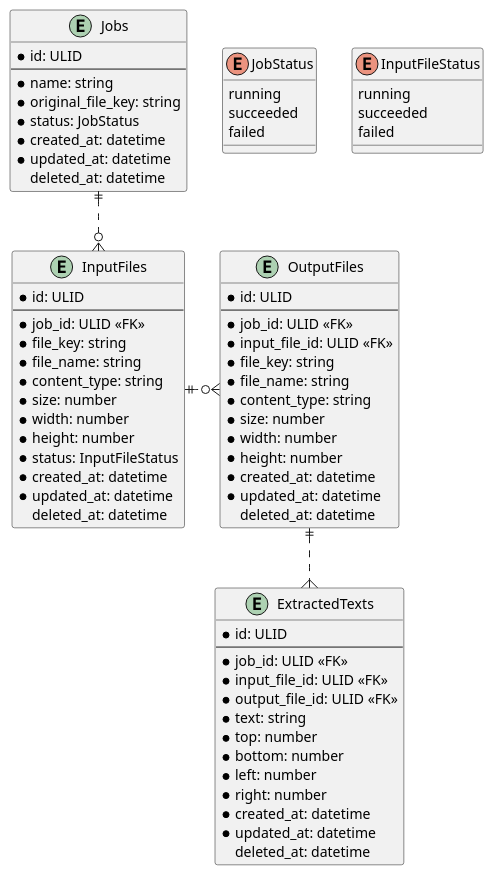
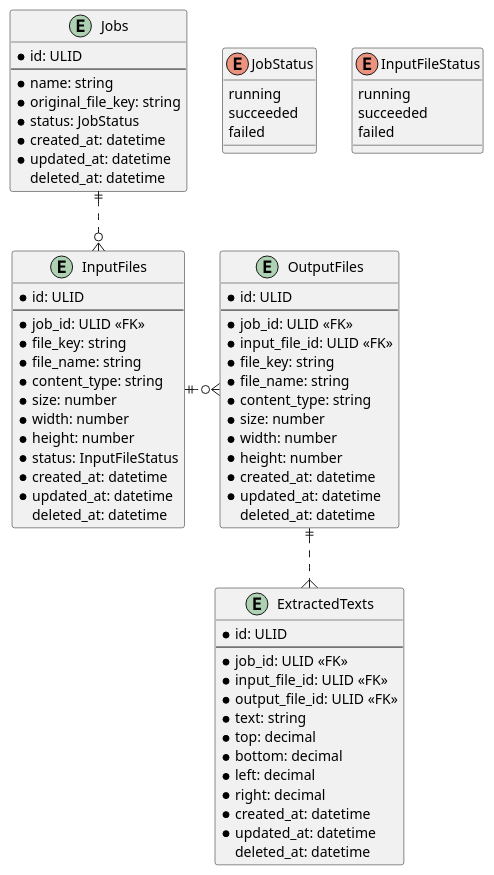
One commit to ijufumi/google-vision-sample changed the diagram in backend/docs/db/tables.puml. Above: the diagram before and after it, drawn with PlantUML.

Commit message:
feat: changed type of columns

```diff
--- a/backend/docs/db/tables.puml
+++ b/backend/docs/db/tables.puml
@@ -1,78 +1,78 @@
 @startuml
 
 enum JobStatus {
   running
   succeeded
   failed
 }
 
 enum InputFileStatus {
   running
   succeeded
   failed
 }
 
 entity Jobs {
   * id: ULID
   --
   * name: string
   * original_file_key: string
   * status: JobStatus
   * created_at: datetime
   * updated_at: datetime
     deleted_at: datetime
 }
 
 entity InputFiles {
   * id: ULID
   --
   * job_id: ULID <<FK>>
   * file_key: string
   * file_name: string
   * content_type: string
   * size: number
   * width: number
   * height: number
   * status: InputFileStatus
   * created_at: datetime
   * updated_at: datetime
     deleted_at: datetime
 }
 
 entity OutputFiles {
   * id: ULID
   --
   * job_id: ULID <<FK>>
   * input_file_id: ULID <<FK>>
   * file_key: string
   * file_name: string
   * content_type: string
   * size: number
   * width: number
   * height: number
   * created_at: datetime
   * updated_at: datetime
     deleted_at: datetime
 }
 
 entity ExtractedTexts {
   * id: ULID
   --
   * job_id: ULID <<FK>>
   * input_file_id: ULID <<FK>>
   * output_file_id: ULID <<FK>>
   * text: string
-  * top: number
-  * bottom: number
-  * left: number
-  * right: number
+  * top: decimal
+  * bottom: decimal
+  * left: decimal
+  * right: decimal
   * created_at: datetime
   * updated_at: datetime
     deleted_at: datetime
 }
 
 Jobs ||..o{ InputFiles
 InputFiles ||..ro{ OutputFiles
 OutputFiles ||..do{ ExtractedTexts
 
 @enduml
```
